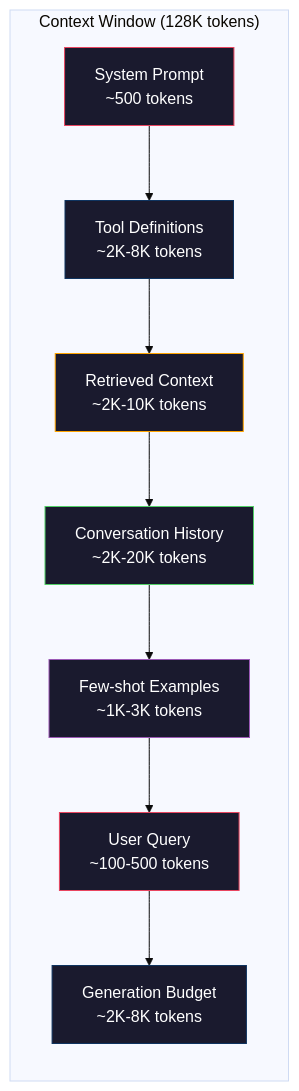
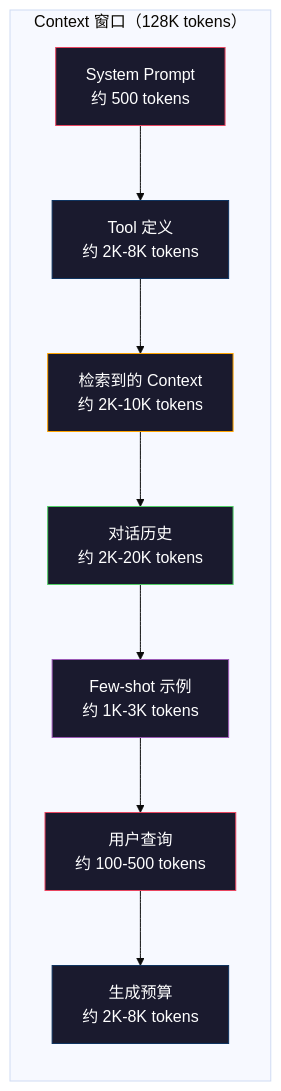
The first of 3 diagrams in phases/11-llm-engineering/05-context-engineering/docs/en.md (cluster1900/ai-engineering-from-scratch-zh), drawn with Mermaid (base theme) before and after one commit. The commit also changed other lines of this file and 1 other file, not shown here.

````diff
--- a/phases/11-llm-engineering/05-context-engineering/docs/en.md
+++ b/phases/11-llm-engineering/05-context-engineering/docs/en.md
@@ -36,20 +36,20 @@
 ```mermaid
 graph TD
-    subgraph Window["Context Window (128K tokens)"]
+    subgraph Window["Context 窗口（128K tokens）"]
         direction TB
-        S["System Prompt\n~500 tokens"] --> T["Tool Definitions\n~2K-8K tokens"]
-        T --> R["Retrieved Context\n~2K-10K tokens"]
-        R --> H["Conversation History\n~2K-20K tokens"]
-        H --> F["Few-shot Examples\n~1K-3K tokens"]
-        F --> Q["User Query\n~100-500 tokens"]
-        Q --> G["Generation Budget\n~2K-8K tokens"]
+        S["System Prompt\n约 500 tokens"] --> T["Tool 定义\n约 2K-8K tokens"]
+        T --> R["检索到的 Context\n约 2K-10K tokens"]
+        R --> H["对话历史\n约 2K-20K tokens"]
+        H --> F["Few-shot 示例\n约 1K-3K tokens"]
+        F --> Q["用户查询\n约 100-500 tokens"]
+        Q --> G["生成预算\n约 2K-8K tokens"]
     end
 
     style S fill:#1a1a2e,stroke:#e94560,color:#fff
     style T fill:#1a1a2e,stroke:#0f3460,color:#fff
     style R fill:#1a1a2e,stroke:#ffa500,color:#fff
     style H fill:#1a1a2e,stroke:#51cf66,color:#fff
     style F fill:#1a1a2e,stroke:#9b59b6,color:#fff
     style Q fill:#1a1a2e,stroke:#e94560,color:#fff
     style G fill:#1a1a2e,stroke:#0f3460,color:#fff
 ```
````
